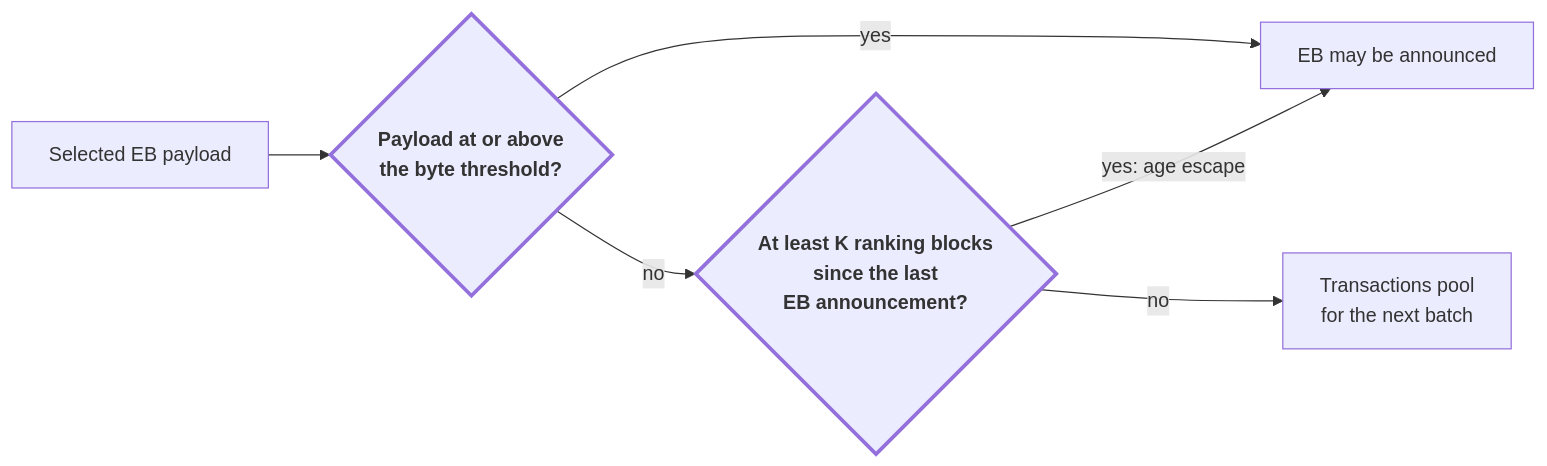
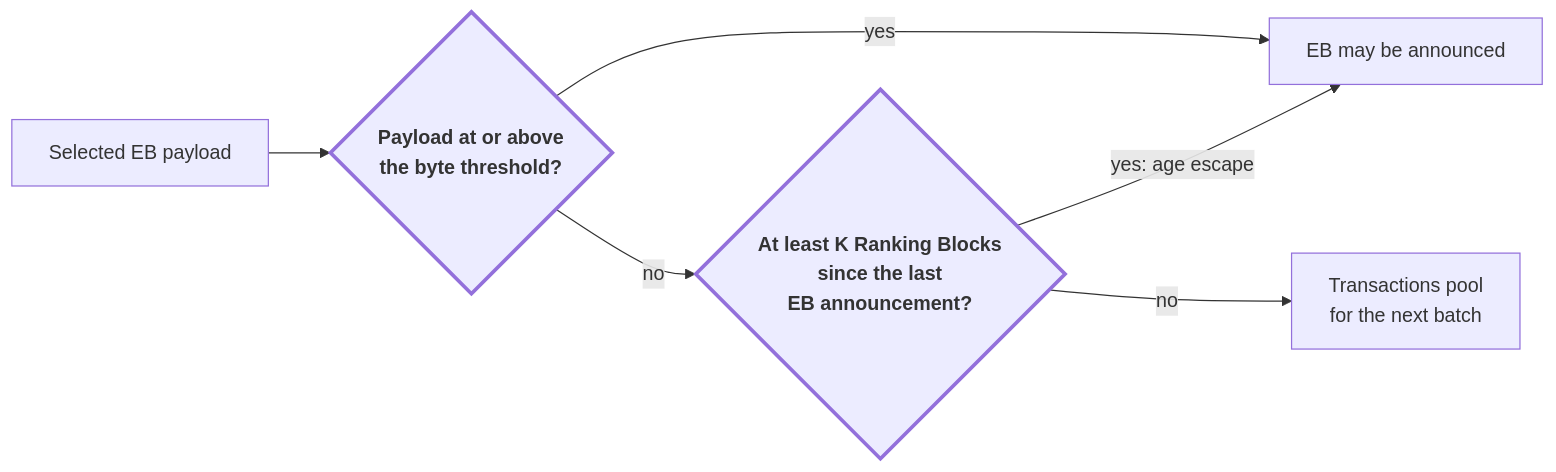
One commit to input-output-hk/tiered-pricing changed the third of 3 diagrams in docs/phase-2/CIP-urgency-signalling/README.md. Above: the diagram before and after it, drawn with Mermaid. The commit also changed other lines of this file and 10 other files, not shown here.

````diff
--- a/docs/phase-2/CIP-urgency-signalling/README.md
+++ b/docs/phase-2/CIP-urgency-signalling/README.md
@@ -347,10 +339,10 @@
 ```mermaid
 flowchart LR
     P["Selected EB payload"] --> T1{"Payload at or above<br/>the byte threshold?"}
     T1 -- "yes" --> A["EB may be announced"]
-    T1 -- "no" --> T2{"At least K ranking blocks<br/>since the last<br/>EB announcement?"}
+    T1 -- "no" --> T2{"At least K Ranking Blocks<br/>since the last<br/>EB announcement?"}
     T2 -- "yes: age escape" --> A
     T2 -- "no" --> W["Transactions pool<br/>for the next batch"]
     classDef enforced stroke-width:3px,font-weight:bold;
     class T1,T2 enforced;
 ```
````
